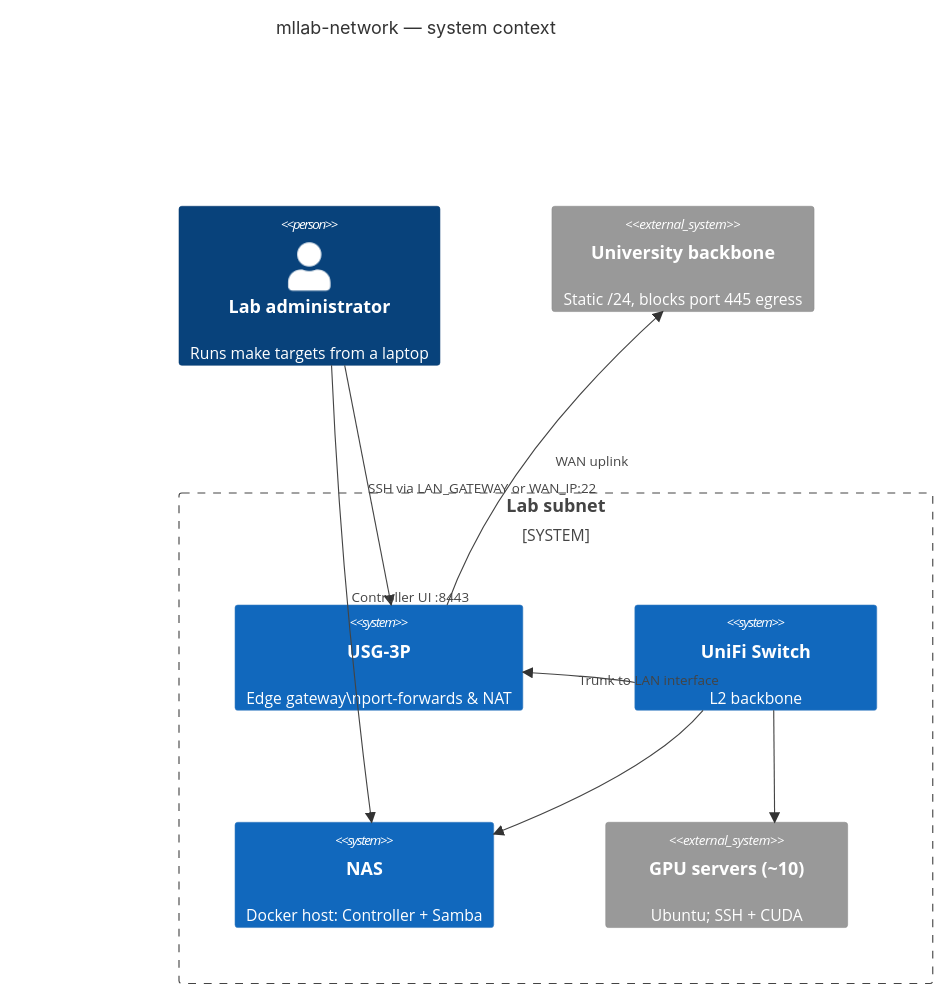
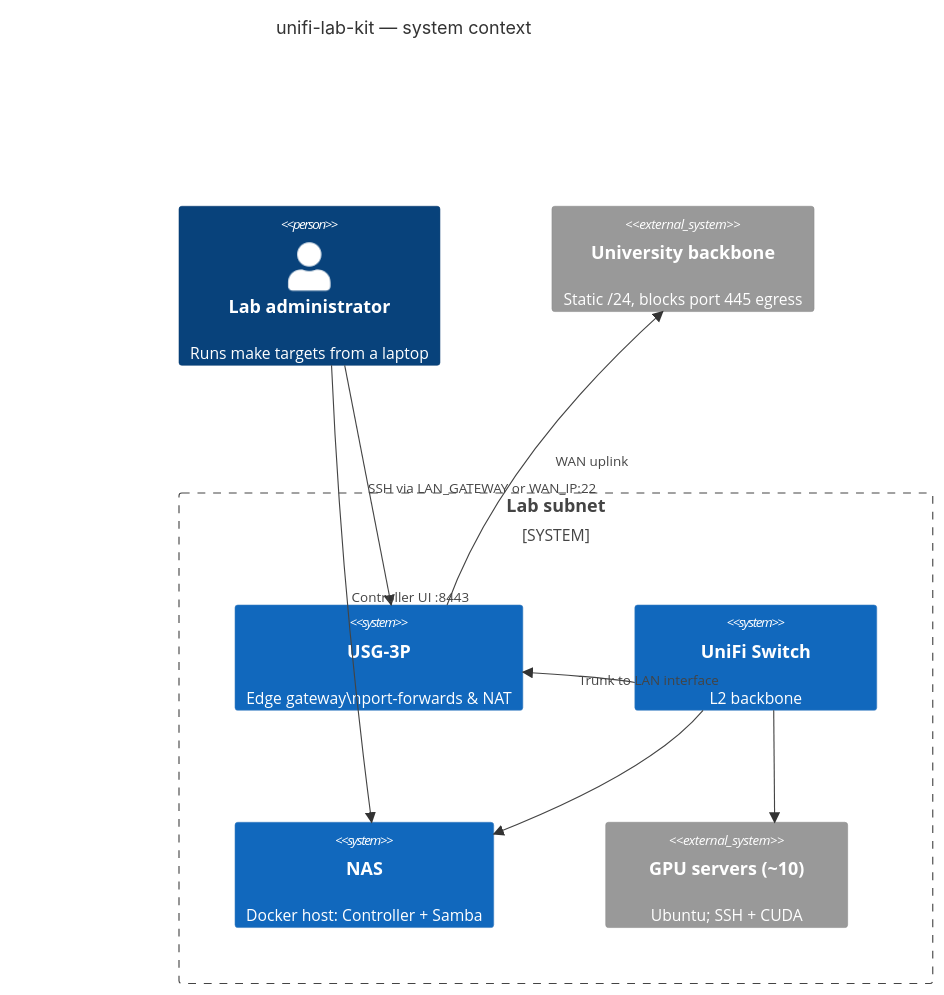
The first of 4 diagrams in docs/architecture.md (thc1006/unifi-lab-kit), drawn with Mermaid before and after one commit. The commit also changed other lines of this file and 26 other files, not shown here.

````diff
--- a/docs/architecture.md
+++ b/docs/architecture.md
@@ -9,18 +9,18 @@
 ```mermaid
 C4Context
-    title mllab-network — system context
+    title unifi-lab-kit — system context
     Person(admin, "Lab administrator", "Runs make targets from a laptop")
     System_Boundary(lab, "Lab subnet") {
         System(usg, "USG-3P", "Edge gateway\nport-forwards & NAT")
         System(sw, "UniFi Switch", "L2 backbone")
         System(nas, "NAS", "Docker host: Controller + Samba")
         System_Ext(servers, "GPU servers (~10)", "Ubuntu; SSH + CUDA")
     }
     System_Ext(school, "University backbone", "Static /24, blocks port 445 egress")
     Rel(admin, usg, "SSH via LAN_GATEWAY or WAN_IP:22")
     Rel(admin, nas, "Controller UI :8443")
     Rel(usg, school, "WAN uplink")
     Rel(sw, usg, "Trunk to LAN interface")
     Rel(sw, nas, "")
     Rel(sw, servers, "")
 ```
````
